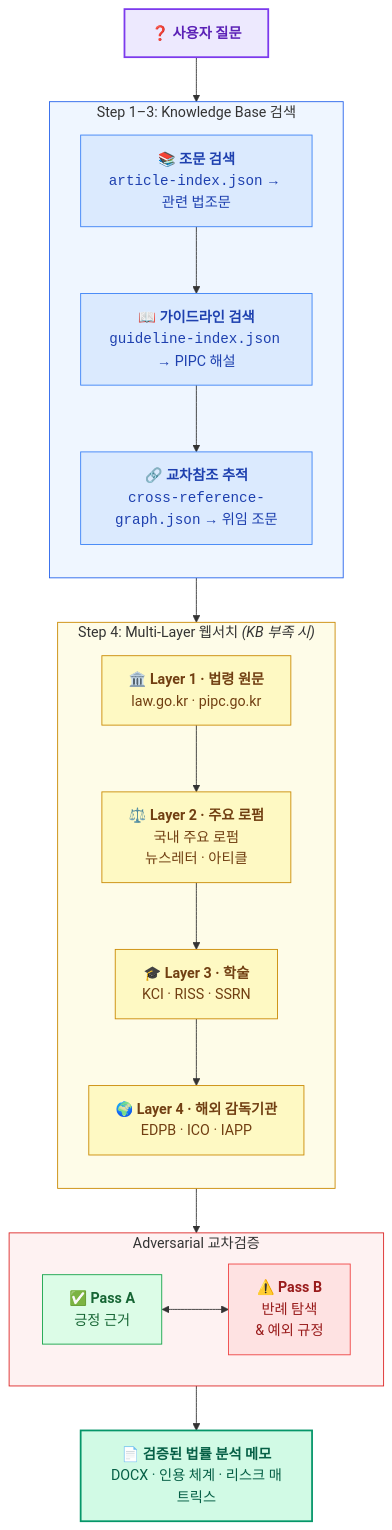
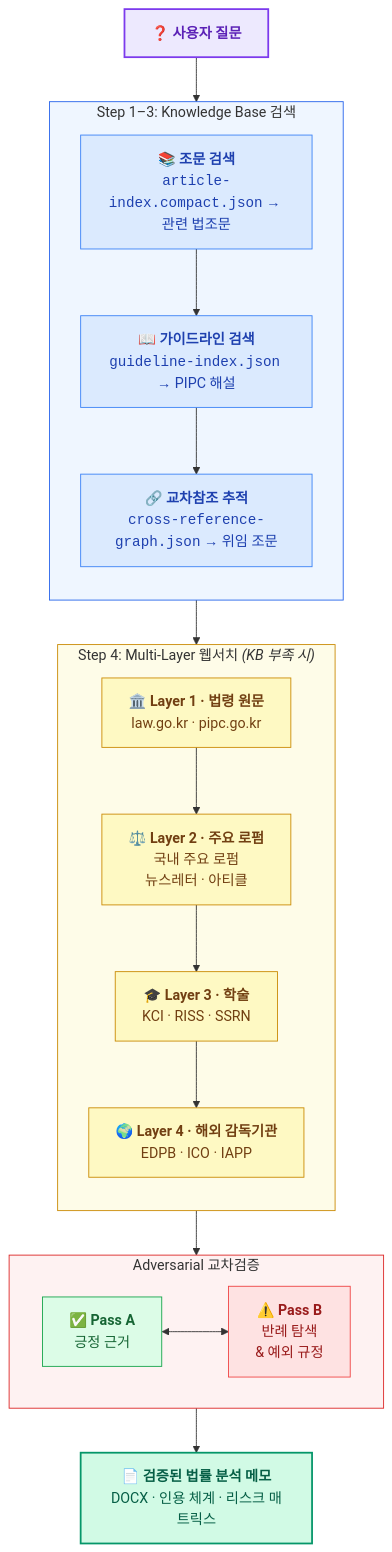
Before and after one commit to kipeum86/PIPA-expert: the second of 2 diagrams in README.ko.md, drawn with Mermaid. The commit also changed other lines of this file and 11 other files, not shown here.

Commit message:
chore: add preflight and compact index guards

````diff
--- a/README.ko.md
+++ b/README.ko.md
@@ -253,50 +253,50 @@
 ```mermaid
 flowchart TD
     Q["❓ <b>사용자 질문</b>"]
 
     subgraph kb["Step 1–3: Knowledge Base 검색"]
         direction TB
-        S1["📚 <b>조문 검색</b><br/><code>article-index.json</code> → 관련 법조문"]
+        S1["📚 <b>조문 검색</b><br/><code>article-index.compact.json</code> → 관련 법조문"]
         S2["📖 <b>가이드라인 검색</b><br/><code>guideline-index.json</code> → PIPC 해설"]
         S3["🔗 <b>교차참조 추적</b><br/><code>cross-reference-graph.json</code> → 위임 조문"]
         S1 --> S2 --> S3
     end
 
     subgraph web["Step 4: Multi-Layer 웹서치 <i>(KB 부족 시)</i>"]
         direction TB
         L1["🏛️ <b>Layer 1 · 법령 원문</b><br/>law.go.kr · pipc.go.kr"]
         L2["⚖️ <b>Layer 2 · 주요 로펌</b><br/>국내 주요 로펌<br/>뉴스레터 · 아티클"]
         L3["🎓 <b>Layer 3 · 학술</b><br/>KCI · RISS · SSRN"]
         L4["🌍 <b>Layer 4 · 해외 감독기관</b><br/>EDPB · ICO · IAPP"]
         L1 --> L2 --> L3 --> L4
     end
 
     subgraph verify["Adversarial 교차검증"]
         direction LR
         PA["✅ <b>Pass A</b><br/>긍정 근거"]
         PB["⚠️ <b>Pass B</b><br/>반례 탐색<br/>&amp; 예외 규정"]
         PA <--> PB
     end
 
     O["📄 <b>검증된 법률 분석 메모</b><br/>DOCX · 인용 체계 · 리스크 매트릭스"]
 
     Q --> kb
     kb --> web
     web --> verify
     verify --> O
 
     style Q fill:#ede9fe,stroke:#7c3aed,stroke-width:2px,color:#5b21b6
     style kb fill:#eff6ff,stroke:#2563eb,stroke-width:1px
     style web fill:#fefce8,stroke:#ca8a04,stroke-width:1px
     style verify fill:#fef2f2,stroke:#dc2626,stroke-width:1px
     style O fill:#d1fae5,stroke:#059669,stroke-width:2px,color:#065f46
     style S1 fill:#dbeafe,stroke:#3b82f6,color:#1e40af
     style S2 fill:#dbeafe,stroke:#3b82f6,color:#1e40af
     style S3 fill:#dbeafe,stroke:#3b82f6,color:#1e40af
     style L1 fill:#fef9c3,stroke:#ca8a04,color:#713f12
     style L2 fill:#fef9c3,stroke:#ca8a04,color:#713f12
     style L3 fill:#fef9c3,stroke:#ca8a04,color:#713f12
     style L4 fill:#fef9c3,stroke:#ca8a04,color:#713f12
     style PA fill:#dcfce7,stroke:#16a34a,color:#166534
     style PB fill:#fee2e2,stroke:#ef4444,color:#991b1b
 ```
````
